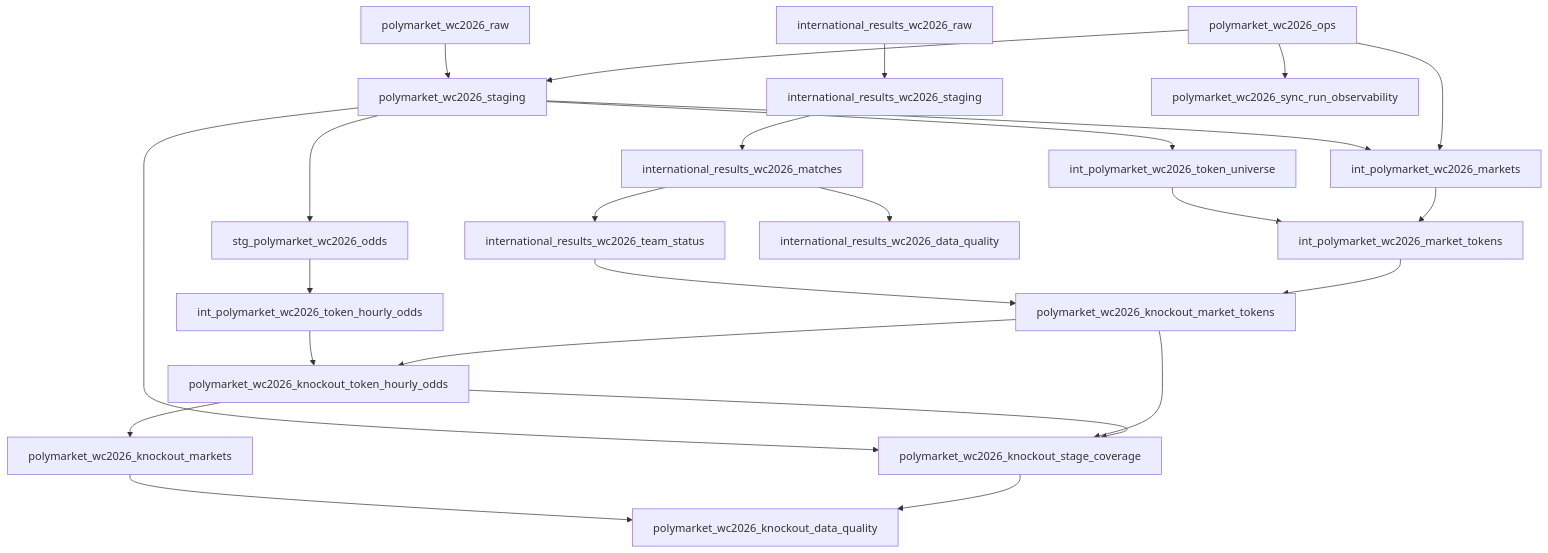
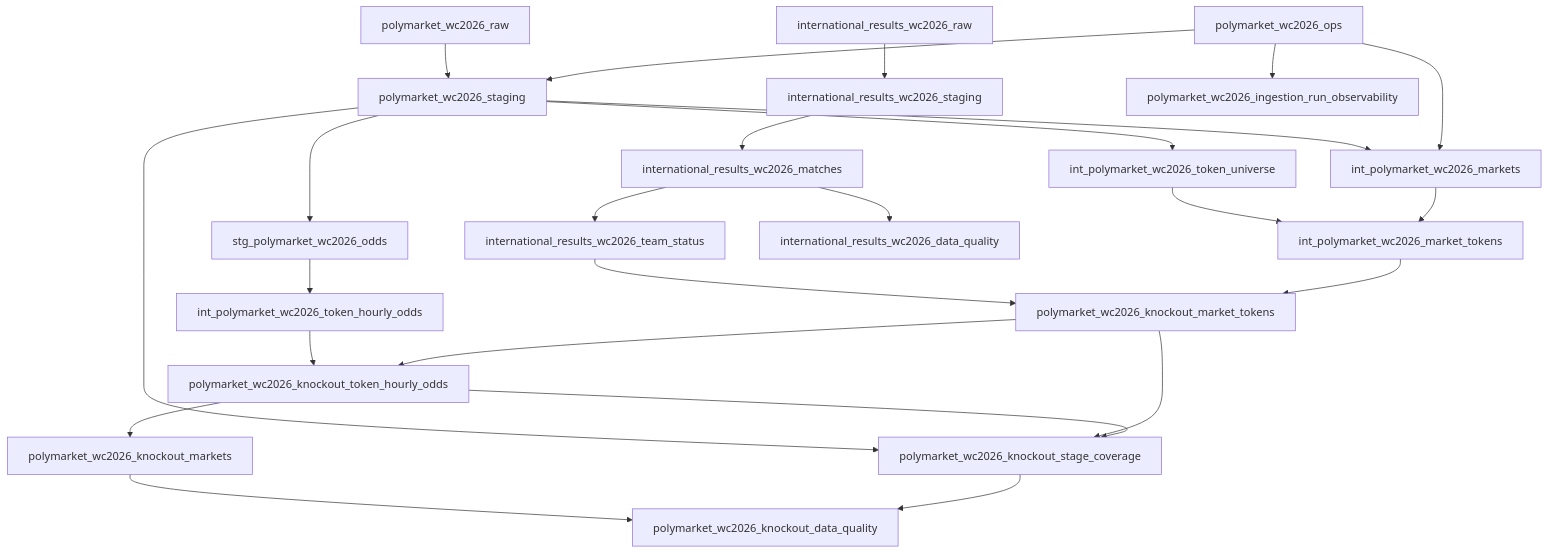
The second of 2 diagrams in docs/concepts/architecture.md (hypertrial/oddsfox-pipeline), drawn with Mermaid before and after one commit. The commit also changed other lines of this file and 271 other files, not shown here.

````diff
--- a/docs/concepts/architecture.md
+++ b/docs/concepts/architecture.md
@@ -91,27 +91,27 @@
 ```mermaid
 flowchart TD
     raw["polymarket_wc2026_raw"] --> staging["polymarket_wc2026_staging"]
     results_raw["international_results_wc2026_raw"] --> results_staging["international_results_wc2026_staging"]
     results_staging --> matches["international_results_wc2026_matches"]
     matches --> team_status["international_results_wc2026_team_status"]
     ops["polymarket_wc2026_ops"] --> staging
     staging --> token_universe["int_polymarket_wc2026_token_universe"]
     staging --> wc2026_markets_int["int_polymarket_wc2026_markets"]
     staging --> odds["stg_polymarket_wc2026_odds"]
     ops --> wc2026_markets_int
     token_universe --> wc2026_tokens["int_polymarket_wc2026_market_tokens"]
     wc2026_markets_int --> wc2026_tokens
     team_status --> knockout_tokens
     wc2026_tokens --> knockout_tokens["polymarket_wc2026_knockout_market_tokens"]
     odds --> hourly_fact["int_polymarket_wc2026_token_hourly_odds"]
     hourly_fact --> knockout_hourly
     knockout_tokens --> knockout_hourly["polymarket_wc2026_knockout_token_hourly_odds"]
     knockout_hourly --> knockout_markets["polymarket_wc2026_knockout_markets"]
     staging --> stage_coverage["polymarket_wc2026_knockout_stage_coverage"]
     knockout_tokens --> stage_coverage
     knockout_hourly --> stage_coverage
     knockout_markets --> data_quality["polymarket_wc2026_knockout_data_quality"]
     stage_coverage --> data_quality
-    ops --> observability["polymarket_wc2026_sync_run_observability"]
+    ops --> observability["polymarket_wc2026_ingestion_run_observability"]
     matches --> results_dq["international_results_wc2026_data_quality"]
 ```
````
